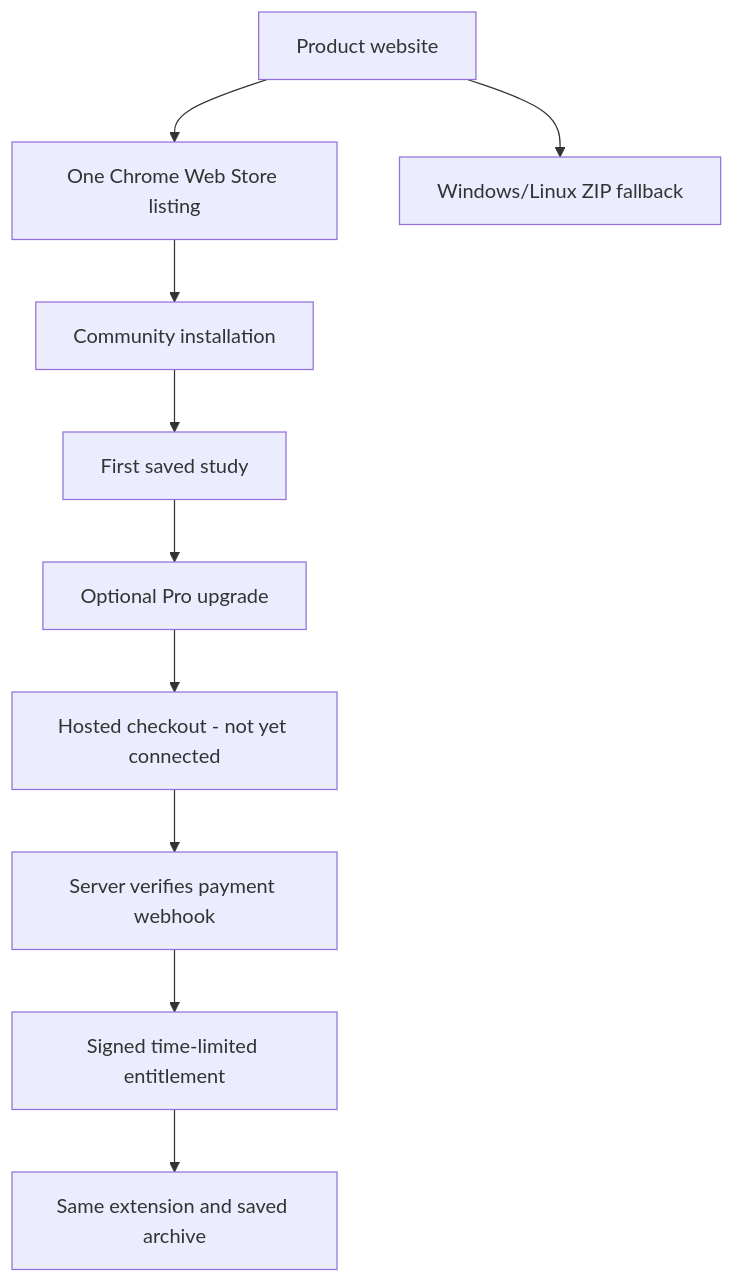
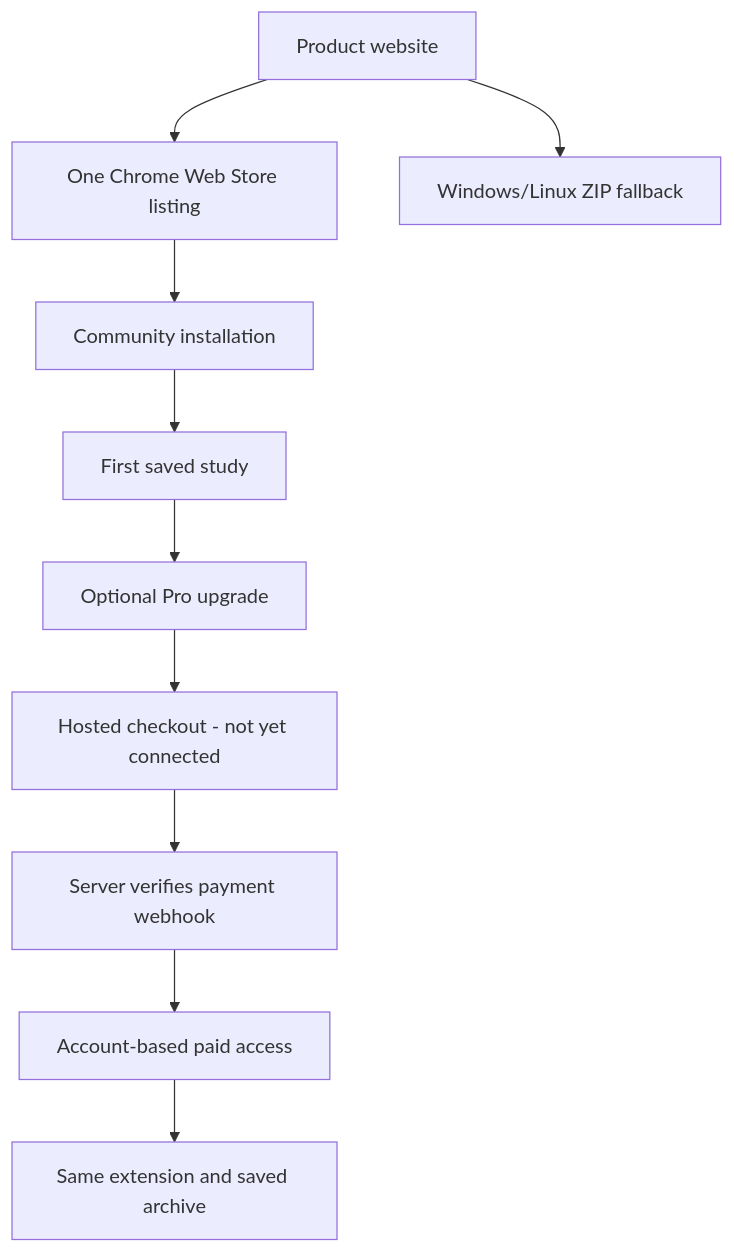
Before and after one commit to mamamiya7/backtest-vault: the diagram in docs/DISTRIBUTION.md, drawn with Mermaid. The commit also changed other lines of this file and 32 other files, not shown here.

````diff
--- a/docs/DISTRIBUTION.md
+++ b/docs/DISTRIBUTION.md
@@ -9,12 +9,12 @@
 ```mermaid
 flowchart TD
     Site[Product website] --> Store[One Chrome Web Store listing]
     Store --> Free[Community installation]
     Free --> Study[First saved study]
     Study --> Upgrade[Optional Pro upgrade]
     Upgrade --> Checkout[Hosted checkout - not yet connected]
     Checkout --> Verify[Server verifies payment webhook]
-    Verify --> Access[Signed time-limited entitlement]
+    Verify --> Access[Account-based paid access]
     Access --> Same[Same extension and saved archive]
     Site --> Fallback[Windows/Linux ZIP fallback]
 ```
````
